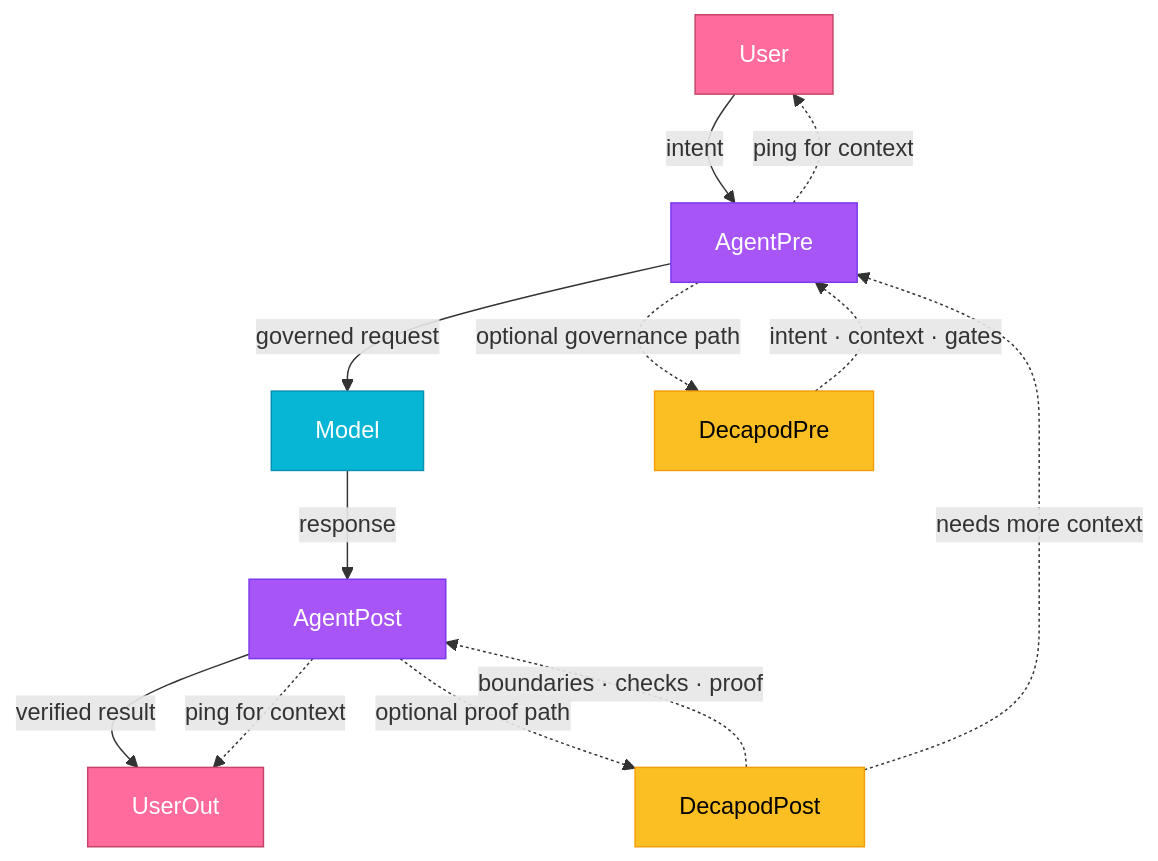
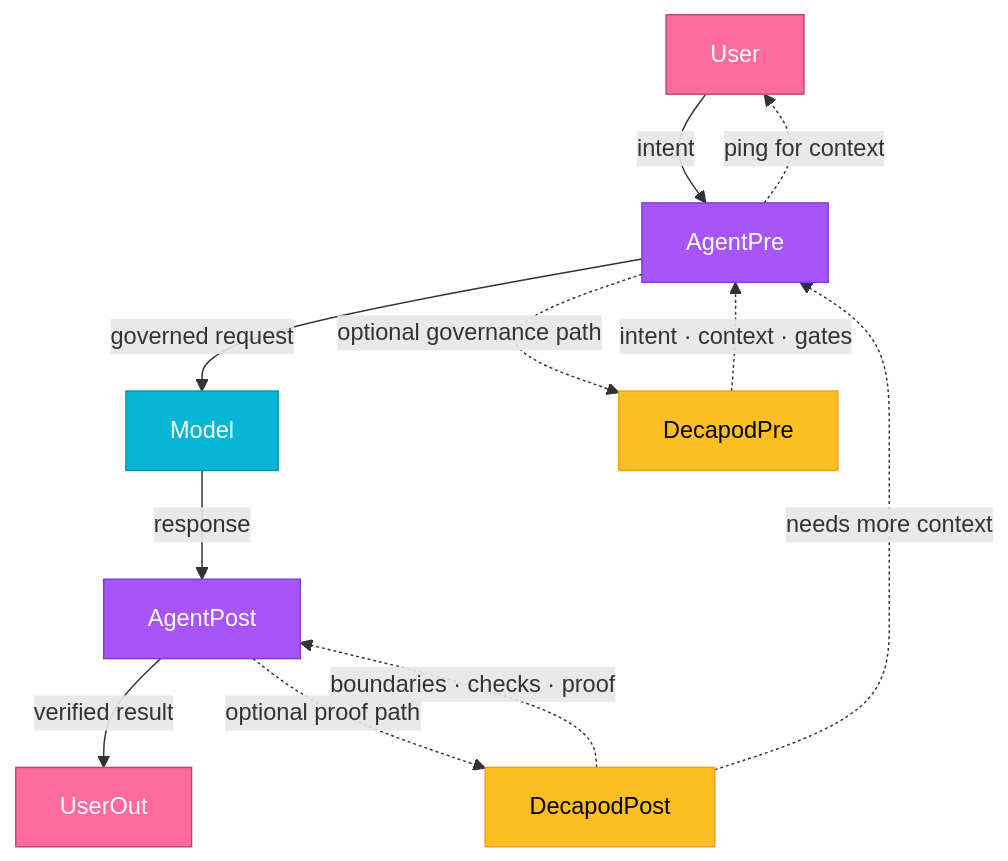
The diagram in README.md (wizzense/decapod), drawn with Mermaid before and after one commit.

````diff
--- a/README.md
+++ b/README.md
@@ -46,25 +46,24 @@
 ```mermaid
 flowchart TD
     style UserIn fill:#ff6b9d,stroke:#c44569,color:#fff
     style UserOut fill:#ff6b9d,stroke:#c44569,color:#fff
     style AgentPre fill:#a855f7,stroke:#7c3aed,color:#fff
     style AgentPost fill:#a855f7,stroke:#7c3aed,color:#fff
     style Model fill:#06b6d4,stroke:#0891b2,color:#fff
     style DecapodPre fill:#fbbf24,stroke:#f59e0b,color:#000
     style DecapodPost fill:#fbbf24,stroke:#f59e0b,color:#000
 
     UserIn["User"] -->|"intent"| AgentPre
     AgentPre -->|"governed request"| Model
     Model -->|"response"| AgentPost
     AgentPost -->|"verified result"| UserOut
 
     AgentPre -.->|"ping for context"| UserIn
-    AgentPost -.->|"ping for context"| UserOut
 
     AgentPre -. "optional governance path" .-> DecapodPre
     DecapodPre -. "intent · context · gates" .-> AgentPre
 
     AgentPost -. "optional proof path" .-> DecapodPost
     DecapodPost -. "boundaries · checks · proof" .-> AgentPost
     DecapodPost -. "needs more context" .-> AgentPre
 ```
````
